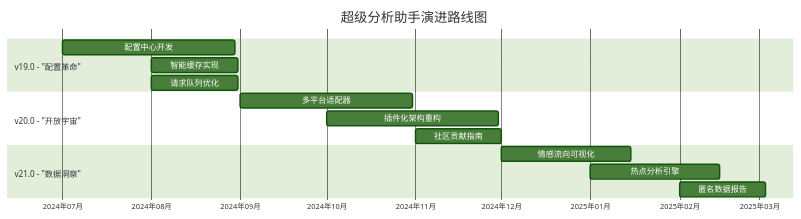
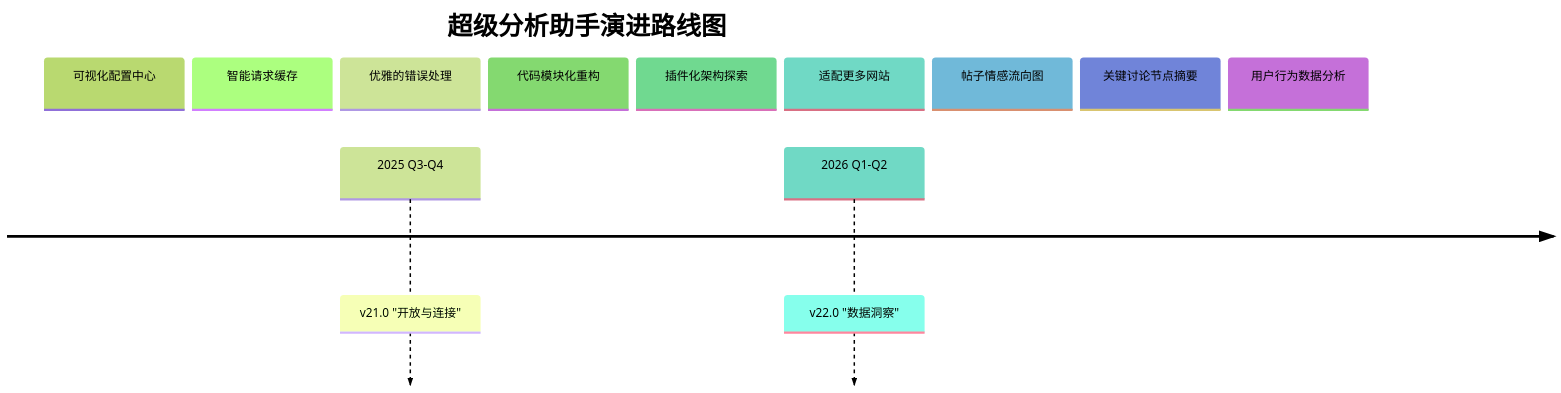
One commit to lzA6/js-goblin changed the fourth of 4 diagrams in README.md. Above: the diagram before and after it, drawn with Mermaid (forest theme). The commit also changed other lines of this file, not shown here.

````diff
--- a/README.md
+++ b/README.md
@@ -307,21 +362,18 @@
 ```mermaid
-gantt
+timeline
     title 超级分析助手演进路线图
-    dateFormat  YYYY-MM
-    axisFormat  %Y年%m月
+    2025 Q1-Q2 : v20.0 "体验革命"
+        section 可视化配置中心
+        section 智能请求缓存
+        section 优雅的错误处理
     
-    section v19.0 - "配置革命"
-    配置中心开发 :2024-07, 60d
-    智能缓存实现 :2024-08, 30d
-    请求队列优化 :2024-08, 30d
+    2025 Q3-Q4 : v21.0 "开放与连接"  
+        section 代码模块化重构
+        section 插件化架构探索
+        section 适配更多网站
     
-    section v20.0 - "开放宇宙"
-    多平台适配器 :2024-09, 60d
-    插件化架构重构 :2024-10, 60d
-    社区贡献指南 :2024-11, 30d
-    
-    section v21.0 - "数据洞察"
-    情感流向可视化 :2024-12, 45d
-    热点分析引擎 :2025-01, 45d
-    匿名数据报告 :2025-02, 30d
+    2026 Q1-Q2 : v22.0 "数据洞察"
+        section 帖子情感流向图
+        section 关键讨论节点摘要
+        section 用户行为数据分析
 ```
````
